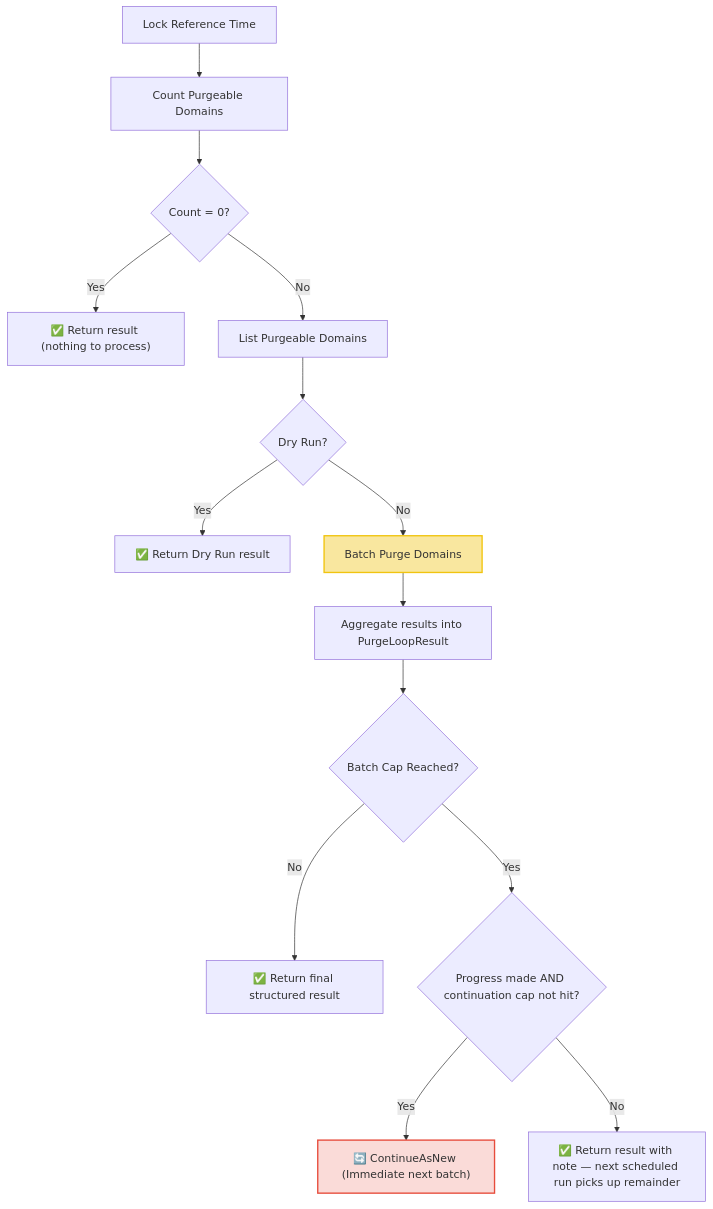
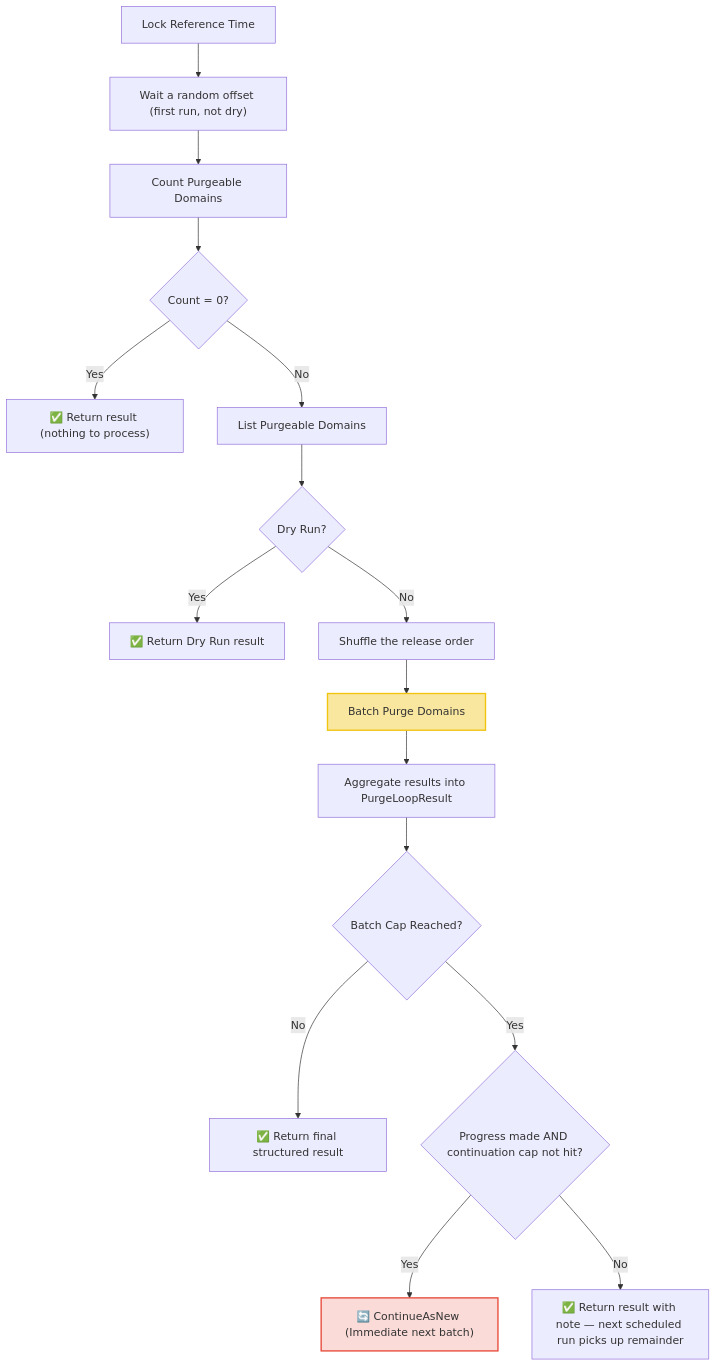
One commit to onasunnymorning/domain-os changed the diagram in internal/application/workflows/purgeLoop.doc.md. Above: the diagram before and after it, drawn with Mermaid. The commit also changed other lines of this file and 9 other files, not shown here.

First line of the commit message:
feat(lifecycle): randomised release in the purge loop (Phase 6c)

````diff
--- a/internal/application/workflows/purgeLoop.doc.md
+++ b/internal/application/workflows/purgeLoop.doc.md
@@ -23,19 +25,21 @@
 ```mermaid
 graph TD
-    A["Lock Reference Time"] --> B["Count Purgeable Domains"]
+    A["Lock Reference Time"] --> R["Wait a random offset (first run, not dry)"]
+    R --> B["Count Purgeable Domains"]
     B --> C{"Count = 0?"}
     C -- Yes --> DONE1["✅ Return result (nothing to process)"]
     C -- No --> D["List Purgeable Domains"]
     D --> E{"Dry Run?"}
     E -- Yes --> DONE2["✅ Return Dry Run result"]
-    E -- No --> F["Batch Purge Domains"]
+    E -- No --> S["Shuffle the release order"]
+    S --> F["Batch Purge Domains"]
     F --> H["Aggregate results into PurgeLoopResult"]
     H --> I{"Batch Cap Reached?"}
     I -- No --> DONE3["✅ Return final structured result"]
     I -- Yes --> K{"Progress made AND continuation cap not hit?"}
     K -- Yes --> J["🔄 ContinueAsNew (Immediate next batch)"]
     K -- No --> DONE4["✅ Return result with note — next scheduled run picks up remainder"]
 
     style F fill:#f9e79f,stroke:#f1c40f,stroke-width:2px
     style J fill:#fadbd8,stroke:#e74c3c,stroke-width:2px
 ```
````
